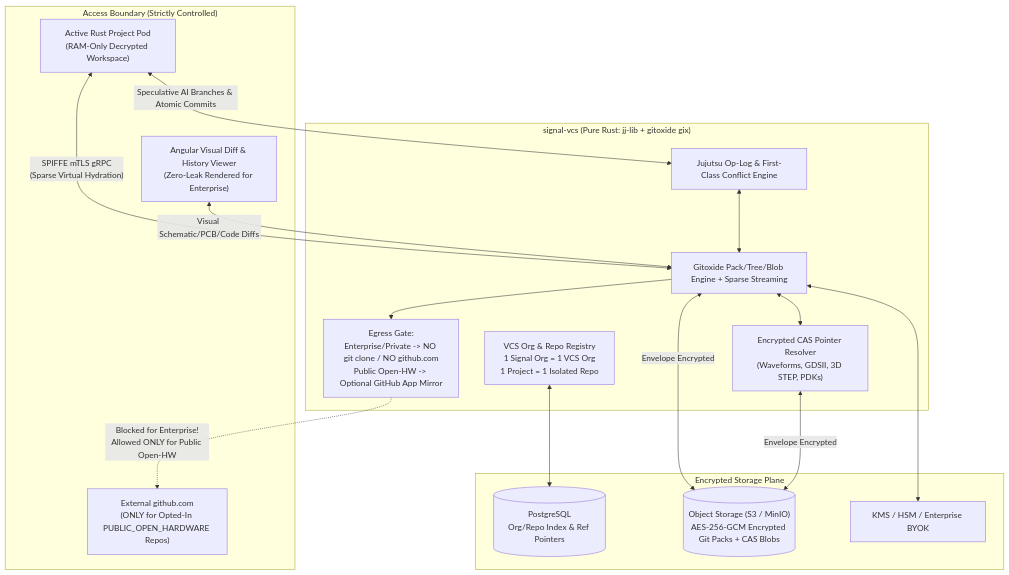
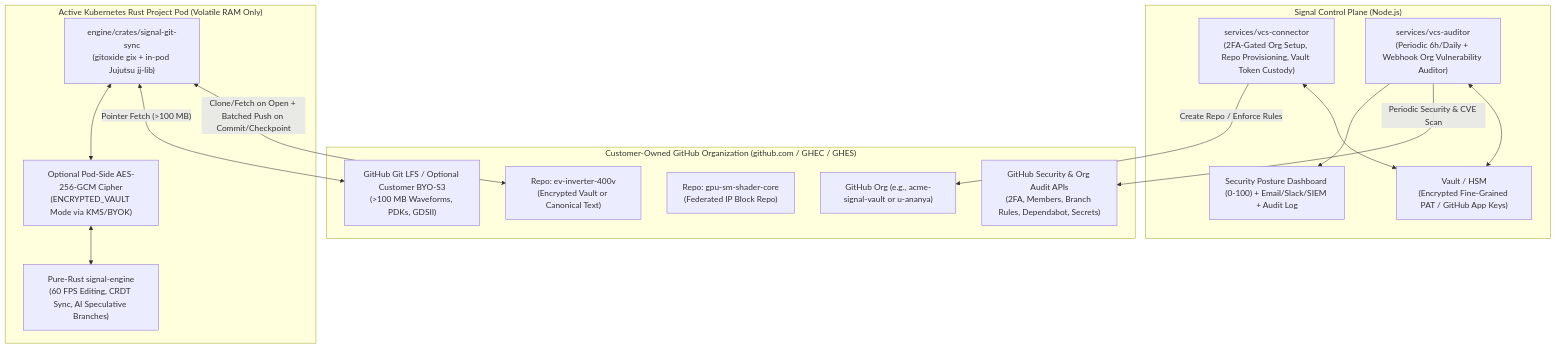
The diagram in architecture/13-vcs-git-server-and-storage-analysis.md (the-code-master/signal), drawn with Mermaid before and after one commit. The commit also changed other lines of this file and 13 other files, not shown here.

Commit message:
docs: rewrite VCS architecture to unified Customer-Owned BYO-GitHub Org + Periodic Security Auditor

````diff
--- a/architecture/13-vcs-git-server-and-storage-analysis.md
+++ b/architecture/13-vcs-git-server-and-storage-analysis.md
@@ -72,34 +54,33 @@
 ```mermaid
 flowchart TB
-    subgraph Clients["Access Boundary (Strictly Controlled)"]
-        Pod["Active Rust Project Pod\n(RAM-Only Decrypted Workspace)"]
-        WebDiff["Angular Visual Diff & History Viewer\n(Zero-Leak Rendered for Enterprise)"]
-        PubGH["External github.com\n(ONLY for Opted-In PUBLIC_OPEN_HARDWARE Repos)"]
+    subgraph CustomerGH["Customer-Owned GitHub Organization (github.com / GHEC / GHES)"]
+        Org["GitHub Org (e.g., acme-signal-vault or u-ananya)"]
+        Repo1["Repo: ev-inverter-400v\n(Encrypted Vault or Canonical Text)"]
+        Repo2["Repo: gpu-sm-shader-core\n(Federated IP Block Repo)"]
+        LFS["GitHub Git LFS / Optional Customer BYO-S3\n(>100 MB Waveforms, PDKs, GDSII)"]
+        SecAPI["GitHub Security & Org Audit APIs\n(2FA, Members, Branch Rules, Dependabot, Secrets)"]
     end
 
-    subgraph VCS["signal-vcs (Pure Rust: jj-lib + gitoxide gix)"]
-        OrgMgr["VCS Org & Repo Registry\n1 Signal Org = 1 VCS Org\n1 Project = 1 Isolated Repo"]
-        JJ["Jujutsu Op-Log & First-Class Conflict Engine"]
-        Gix["Gitoxide Pack/Tree/Blob Engine + Sparse Streaming"]
-        CAS["Encrypted CAS Pointer Resolver\n(Waveforms, GDSII, 3D STEP, PDKs)"]
-        Policy["Egress Gate:\nEnterprise/Private -> NO git clone / NO github.com\nPublic Open-HW -> Optional GitHub App Mirror"]
+    subgraph Control["Signal Control Plane (Node.js)"]
+        Conn["services/vcs-connector\n(2FA-Gated Org Setup, Repo Provisioning, Vault Token Custody)"]
+        Aud["services/vcs-auditor\n(Periodic 6h/Daily + Webhook Org Vulnerability Auditor)"]
+        Vault["Vault / HSM\n(Encrypted Fine-Grained PAT / GitHub App Keys)"]
+        Alert["Security Posture Dashboard (0-100) + Email/Slack/SIEM + Audit Log"]
     end
 
-    subgraph Storage["Encrypted Storage Plane"]
-        PG[("PostgreSQL\nOrg/Repo Index & Ref Pointers")]
-        S3[("Object Storage (S3 / MinIO)\nAES-256-GCM Encrypted Git Packs + CAS Blobs")]
-        KMS["KMS / HSM / Enterprise BYOK"]
+    subgraph Pod["Active Kubernetes Rust Project Pod (Volatile RAM Only)"]
+        Sync["engine/crates/signal-git-sync\n(gitoxide gix + in-pod Jujutsu jj-lib)"]
+        Crypto["Optional Pod-Side AES-256-GCM Cipher\n(ENCRYPTED_VAULT Mode via KMS/BYOK)"]
+        Engine["Pure-Rust signal-engine\n(60 FPS Editing, CRDT Sync, AI Speculative Branches)"]
     end
 
-    Pod <-->|"SPIFFE mTLS gRPC\n(Sparse Virtual Hydration)"| Gix
-    Pod <-->|"Speculative AI Branches & Atomic Commits"| JJ
-    WebDiff <-->|"Visual Schematic/PCB/Code Diffs"| Gix
-    OrgMgr <--> PG
-    JJ <--> Gix
-    Gix <--> CAS
-    Gix <-->|"Envelope Encrypted"| S3
-    CAS <-->|"Envelope Encrypted"| S3
-    Gix <--> KMS
-    Gix --> Policy
-    Policy -.->|"Blocked for Enterprise!\nAllowed ONLY for Public Open-HW"| PubGH
+    Conn <--> Vault
+    Conn -->|"Create Repo / Enforce Rules"| Org
+    Aud <--> Vault
+    Aud -->|"Periodic Security & CVE Scan"| SecAPI
+    Aud --> Alert
+    Sync <-->|"Clone/Fetch on Open + Batched Push on Commit/Checkpoint"| Repo1
+    Sync <-->|"Pointer Fetch (>100 MB)"| LFS
+    Sync <--> Crypto
+    Crypto <--> Engine
 ```
````
